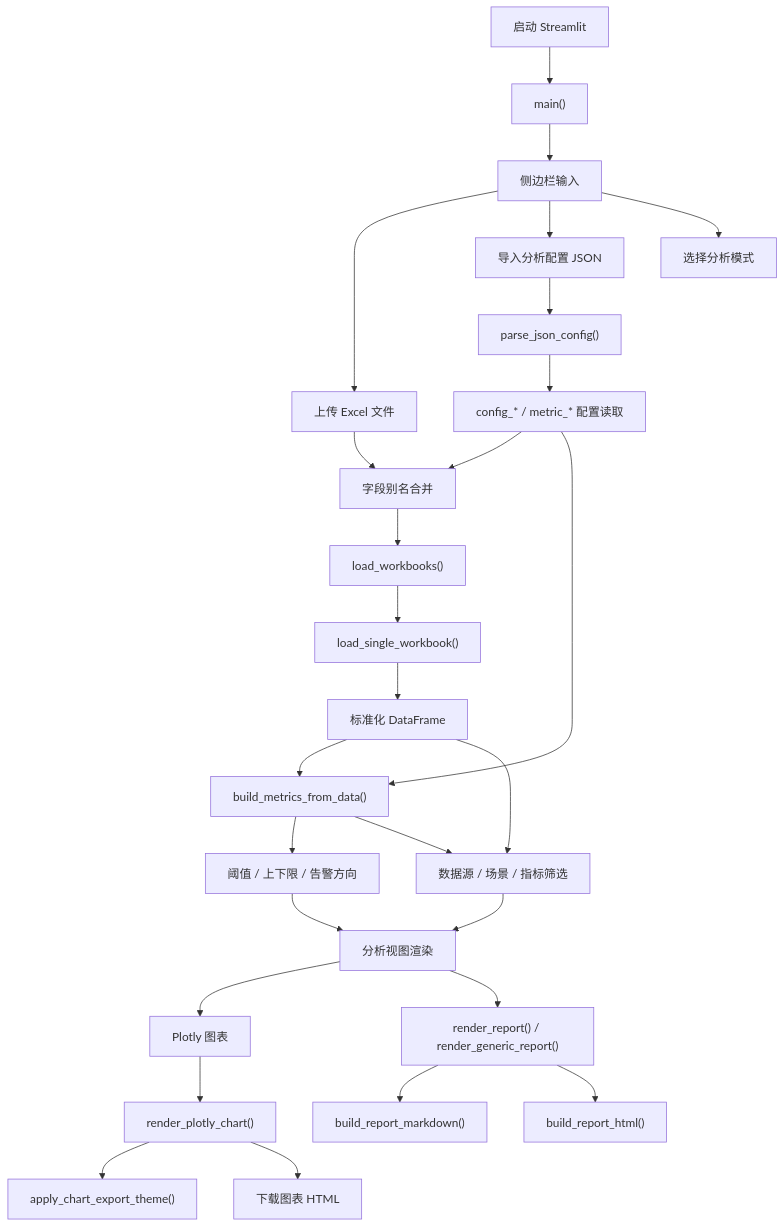
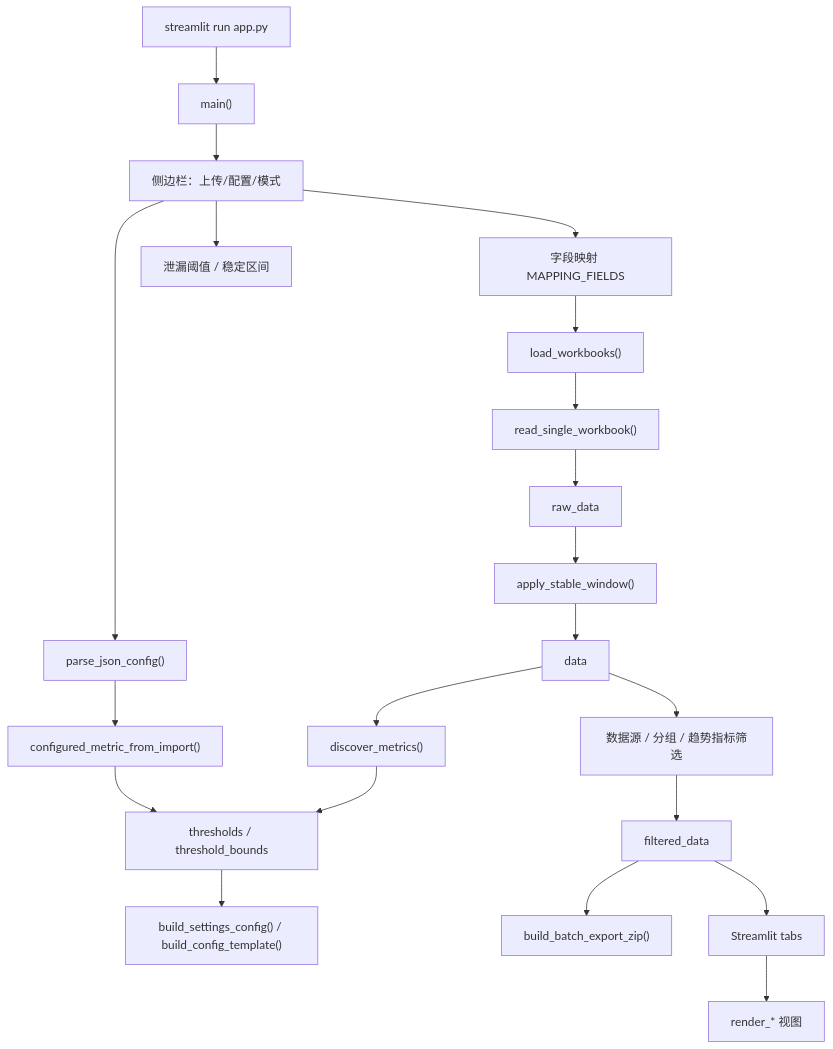
One commit to EthanCheung-gh/perf-analyzer changed the second of 9 diagrams in docs/code-map.md. Above: the diagram before and after it, drawn with Mermaid. The commit also changed other lines of this file, not shown here.

Commit message:
docs: update code map for modular architecture

````diff
--- a/docs/code-map.md
+++ b/docs/code-map.md
@@ -22,36 +67,28 @@
 ```mermaid
 flowchart TD
-    Start["启动 Streamlit"] --> Main["main()"]
+    Start["streamlit run app.py"] --> Main["main()"]
 
-    Main --> Sidebar["侧边栏输入"]
-    Sidebar --> Upload["上传 Excel 文件"]
-    Sidebar --> ConfigUpload["导入分析配置 JSON"]
-    Sidebar --> Mode["选择分析模式"]
+    Main --> Sidebar["侧边栏：上传/配置/模式"]
+    Sidebar --> ParseConfig["parse_json_config()"]
+    Sidebar --> FieldAliases["字段映射 MAPPING_FIELDS"]
+    Sidebar --> AnalysisOptions["泄漏阈值 / 稳定区间"]
 
-    ConfigUpload --> ParseConfig["parse_json_config()"]
-    ParseConfig --> ConfigHelpers["config_* / metric_* 配置读取"]
+    FieldAliases --> Load["load_workbooks()"]
+    Load --> IO["read_single_workbook()"]
+    IO --> RawData["raw_data"]
+    RawData --> Stable["apply_stable_window()"]
+    Stable --> Data["data"]
 
-    Upload --> FieldAliases["字段别名合并"]
-    ConfigHelpers --> FieldAliases
-    FieldAliases --> LoadWorkbooks["load_workbooks()"]
-    LoadWorkbooks --> LoadSingle["load_single_workbook()"]
-    LoadSingle --> NormalizedData["标准化 DataFrame"]
+    Data --> Metrics["discover_metrics()"]
+    ParseConfig --> MetricConfig["configured_metric_from_import()"]
+    MetricConfig --> Thresholds["thresholds / threshold_bounds"]
+    Metrics --> Thresholds
 
-    NormalizedData --> Metrics["build_metrics_from_data()"]
-    ConfigHelpers --> Metrics
-    Metrics --> Thresholds["阈值 / 上下限 / 告警方向"]
+    Data --> Filters["数据源 / 分组 / 趋势指标筛选"]
+    Thresholds --> ConfigExport["build_settings_config() / build_config_template()"]
+    Filters --> Filtered["filtered_data"]
 
-    NormalizedData --> Filters["数据源 / 场景 / 指标筛选"]
-    Metrics --> Filters
-    Thresholds --> AnalysisViews["分析视图渲染"]
-    Filters --> AnalysisViews
-
-    AnalysisViews --> Charts["Plotly 图表"]
-    Charts --> ChartExport["render_plotly_chart()"]
-    ChartExport --> Theme["apply_chart_export_theme()"]
-    ChartExport --> HtmlExport["下载图表 HTML"]
-
-    AnalysisViews --> Report["render_report() / render_generic_report()"]
-    Report --> Markdown["build_report_markdown()"]
-    Report --> ReportHtml["build_report_html()"]
+    Filtered --> BatchExport["build_batch_export_zip()"]
+    Filtered --> Tabs["Streamlit tabs"]
+    Tabs --> Views["render_* 视图"]
 ```
````
